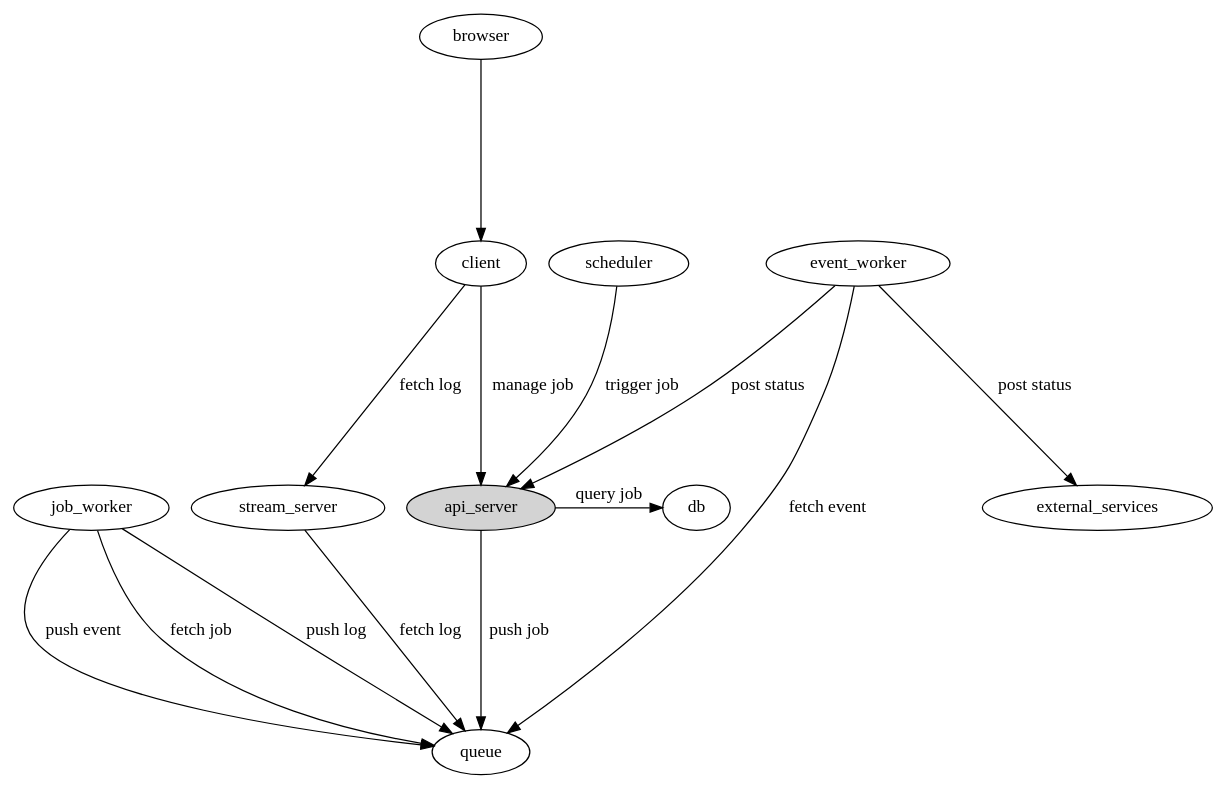
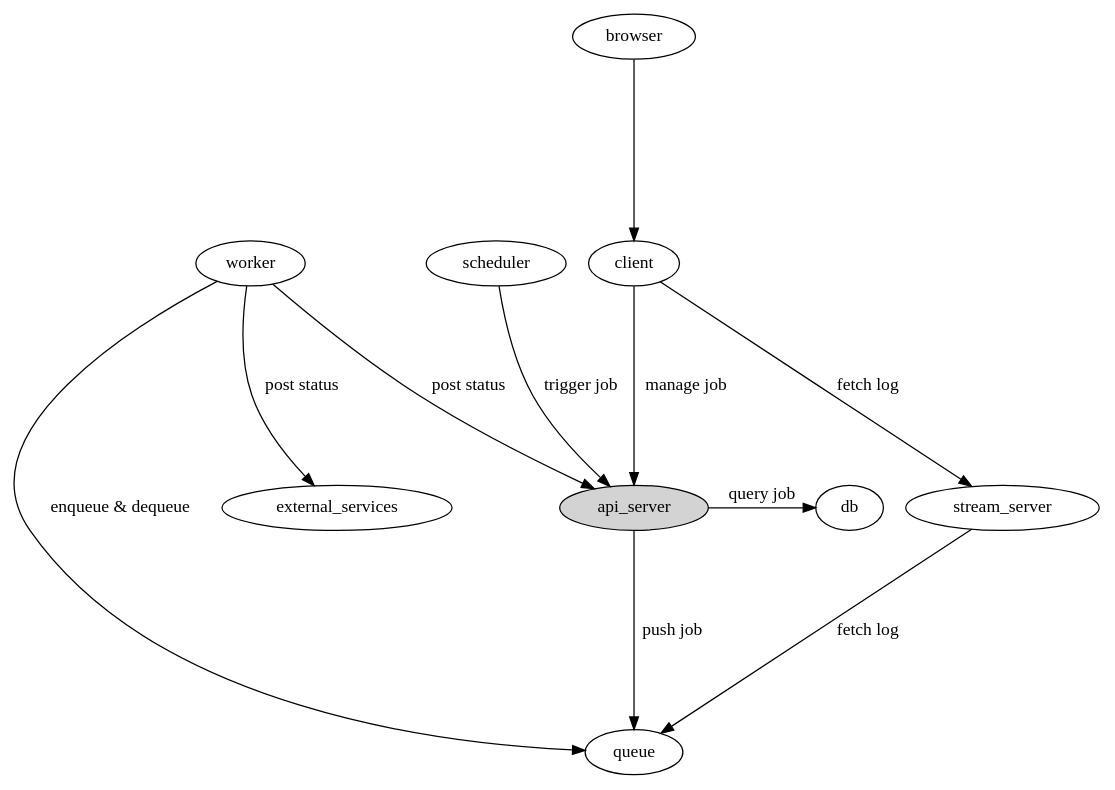
Before and after one commit to r7kamura/qchan-api: the diagram in doc/dot/overview.dot, drawn with Graphviz. The commit also changed 1 other file, not shown here.

```diff
--- a/doc/dot/overview.dot
+++ b/doc/dot/overview.dot
@@ -1,26 +1,22 @@
 digraph {
   graph [ ranksep=2.0; ]
 
-  job_worker -> queue [label="push event"];
-  job_worker -> queue [label="fetch job"];
-  job_worker -> queue [label="push log"];
+  worker -> queue [label="enqueue & dequeue"];
+  worker -> api_server [label="post status"];
+  worker -> external_services [label="post status"];
 
   api_server [style="filled"];
   api_server -> queue [label="push job"; weight=10];
   api_server -> db [label="query job"];
 
   scheduler -> api_server [label="trigger job"];
 
   client -> api_server [label="manage job"; weight=10];
   client -> stream_server [label="fetch log"];
 
   stream_server -> queue [label="fetch log"];
 
-  event_worker -> queue [label="fetch event"];
-  event_worker -> api_server [label="post status"];
-  event_worker -> external_services [label="post status"];
-
   browser -> client;
 
   { rank = same; api_server; db }
 }
```
